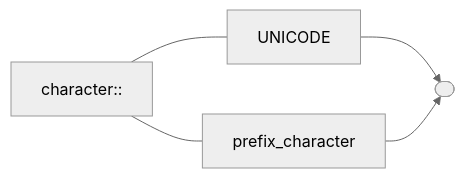
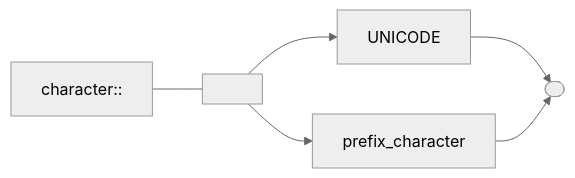
One commit to andrewfstratton/quandoscript changed diagram 14 of 18 in README.md. Above: the diagram before and after it, drawn with Mermaid (neutral theme). The commit also changed other lines of this file, not shown here.

````diff
--- a/README.md
+++ b/README.md
@@ -103,6 +103,6 @@
 ```mermaid
 graph LR
-    stop([" "])
-    character::--- UNICODE--> stop
-    character::--- prefix_character --> stop
+    stop([ ])
+    character::---l[ ]--> UNICODE--> stop
+    l-->prefix_character --> stop
 ```
````
